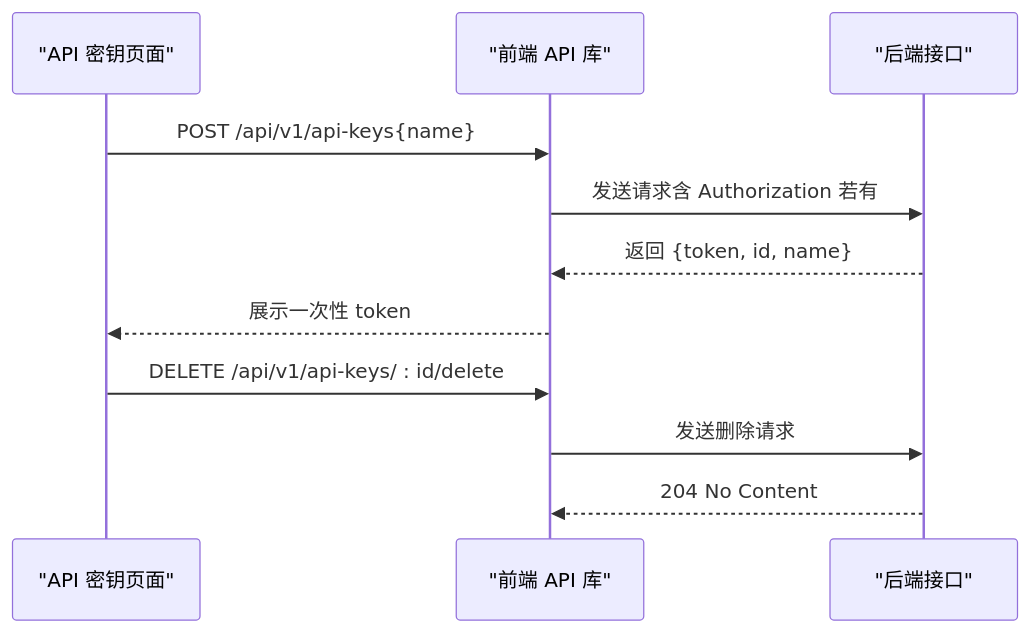
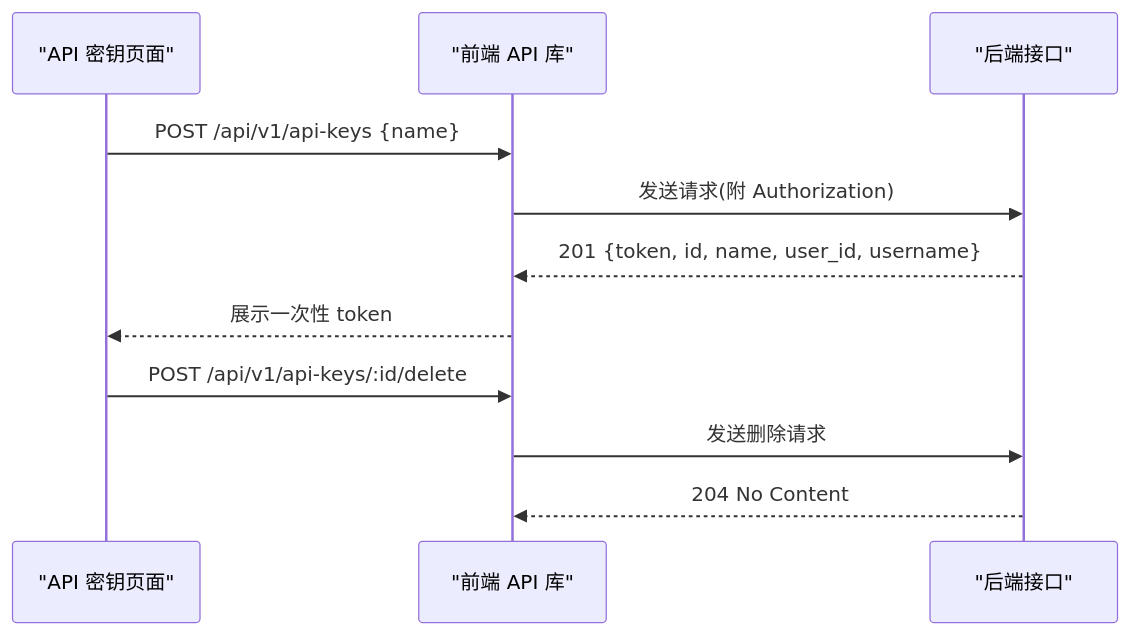
One commit to x01n/My-OpenWaf changed the seventh of 9 diagrams in docs/安全机制/API 密钥管理.md. Above: the diagram before and after it, drawn with Mermaid. The commit also changed other lines of this file and 622 other files, not shown here.

````diff
--- a/docs/安全机制/API 密钥管理.md
+++ b/docs/安全机制/API 密钥管理.md
@@ -247,13 +298,13 @@
 ```mermaid
 sequenceDiagram
 participant UI as "API 密钥页面"
 participant API as "前端 API 库"
 participant BE as "后端接口"
-UI->>API : POST /api/v1/api-keys{name}
-API->>BE : 发送请求含 Authorization 若有
-BE-->>API : 返回 {token, id, name}
+UI->>API : POST /api/v1/api-keys {name}
+API->>BE : 发送请求(附 Authorization)
+BE-->>API : 201 {token, id, name, user_id, username}
 API-->>UI : 展示一次性 token
-UI->>API : DELETE /api/v1/api-keys/ : id/delete
+UI->>API : POST /api/v1/api-keys/:id/delete
 API->>BE : 发送删除请求
 BE-->>API : 204 No Content
 ```
````
